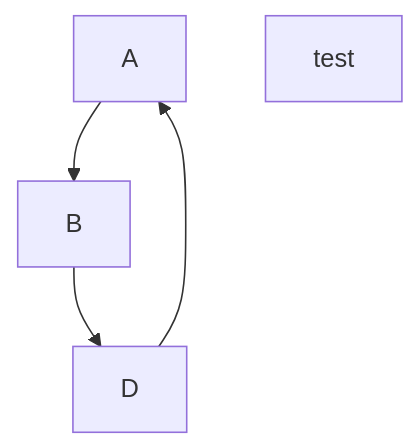
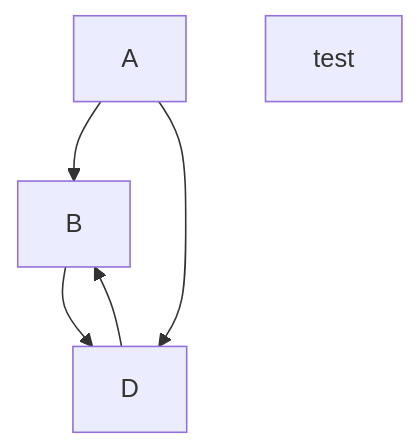
The diagram in README.md (consulan/killercoda-test-gitclone), drawn with Mermaid before and after one commit.

Commit message:
course(auto): graph

````diff
--- a/README.md
+++ b/README.md
@@ -10,8 +10,9 @@
  ```mermaid
  graph TD;
     A-->B;
-    D-->A;
+    D-->B;
     B-->D;
+    A-->D;
   test
   test
 ```
````
